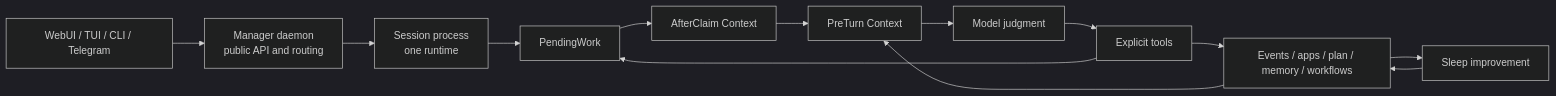
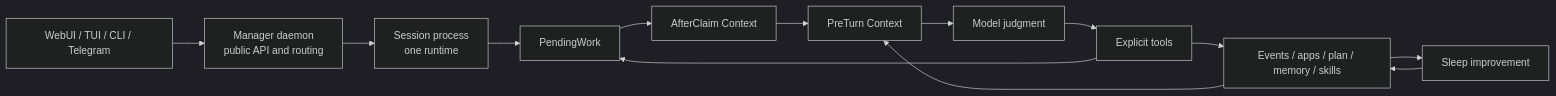
One commit to shadow3aaa/DaatLocus changed the diagram in docs/architecture.md. Above: the diagram before and after it, drawn with Mermaid (dark theme). The commit also changed other lines of this file and 1 other file, not shown here.

First line of the commit message:
docs: rewrite architecture docs to reflect skill system

````diff
--- a/docs/architecture.md
+++ b/docs/architecture.md
@@ -82,20 +82,20 @@
 ```mermaid
 flowchart LR
     Client[WebUI / TUI / CLI / Telegram]
     Manager[Manager daemon<br/>public API and routing]
     Session[Session process<br/>one runtime]
     Pending[PendingWork]
     After[AfterClaim Context]
     Pre[PreTurn Context]
     Model[Model judgment]
     Tools[Explicit tools]
-    State[Events / apps / plan / memory / workflows]
+    State[Events / apps / plan / memory / skills]
     Sleep[Sleep improvement]
 
     Client --> Manager --> Session --> Pending --> After --> Pre --> Model --> Tools
     Tools --> State
     State --> Pre
     Tools --> Pending
     State --> Sleep
     Sleep --> State
 ```
````
